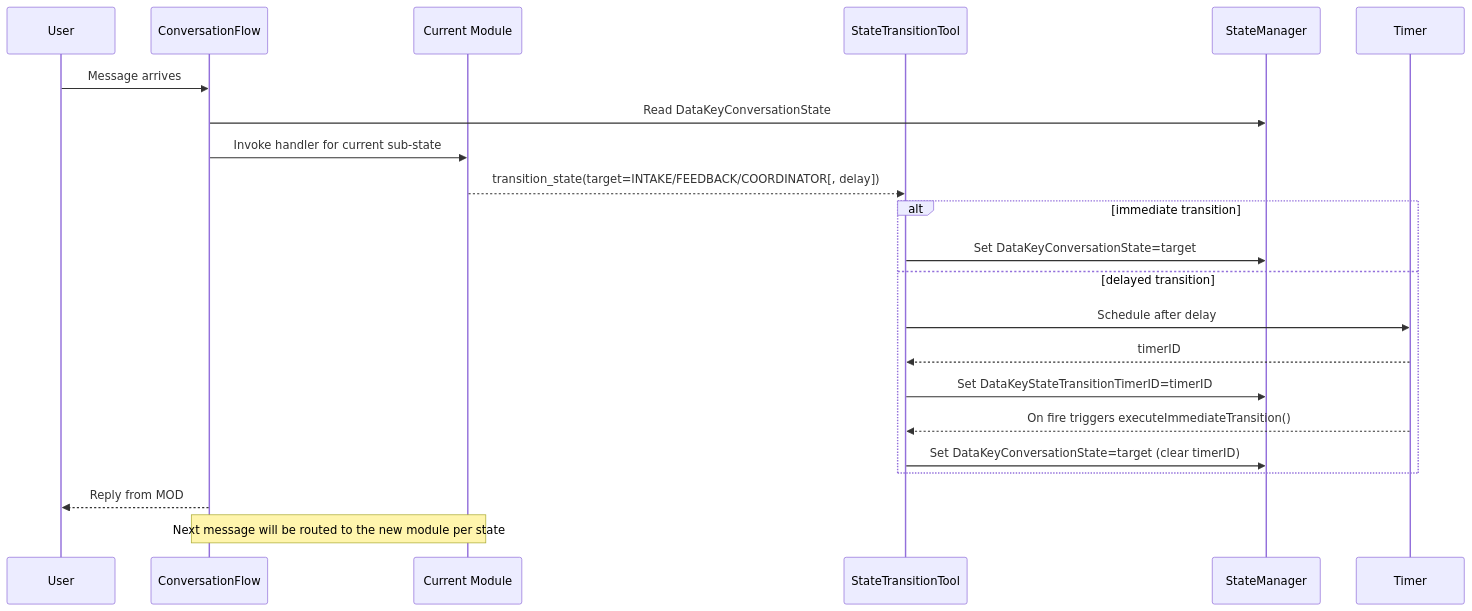
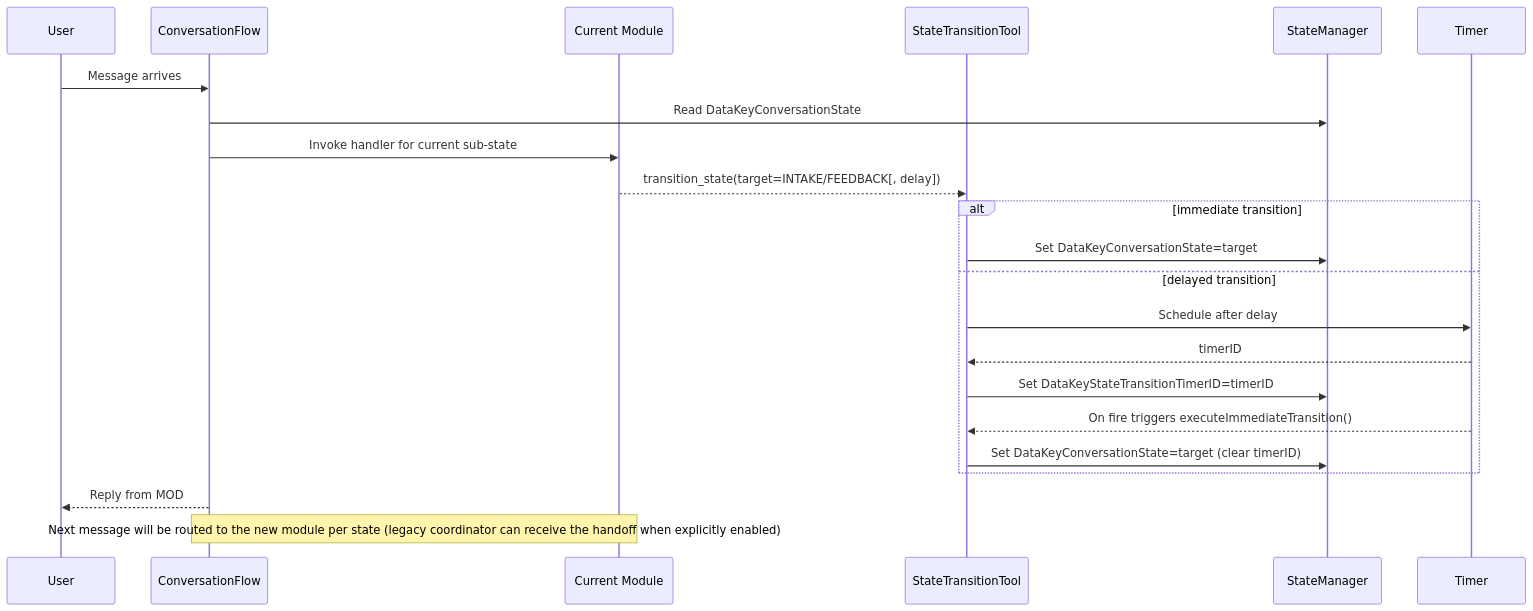
The fourth of 5 diagrams in docs/conversation-flow-architecture.md (BTreeMap/PromptPipe), drawn with Mermaid before and after one commit. The commit also changed other lines of this file and 1 other file, not shown here.

Commit message:
docs(conversation-flow): update architecture documentation to reflect current module wiring and remove legacy coordinator references

````diff
--- a/docs/conversation-flow-architecture.md
+++ b/docs/conversation-flow-architecture.md
@@ -190,25 +191,25 @@
 ```mermaid
 sequenceDiagram
   participant User
   participant CF as ConversationFlow
   participant MOD as Current Module
   participant STT as StateTransitionTool
   participant SM as StateManager
   participant TMR as Timer
 
   User->>CF: Message arrives
   CF->>SM: Read DataKeyConversationState
   CF->>MOD: Invoke handler for current sub-state
-  MOD-->>STT: transition_state(target=INTAKE/FEEDBACK/COORDINATOR[, delay])
+  MOD-->>STT: transition_state(target=INTAKE/FEEDBACK[, delay])
   alt immediate transition
     STT->>SM: Set DataKeyConversationState=target
   else delayed transition
     STT->>TMR: Schedule after delay
     TMR-->>STT: timerID
     STT->>SM: Set DataKeyStateTransitionTimerID=timerID
   TMR-->>STT: On fire triggers executeImmediateTransition()
   STT->>SM: Set DataKeyConversationState=target (clear timerID)
   end
   CF-->>User: Reply from MOD
-  Note over CF,MOD: Next message will be routed to the new module per state
+  Note over CF,MOD: Next message will be routed to the new module per state (legacy coordinator can receive the handoff when explicitly enabled)
 ```
````
